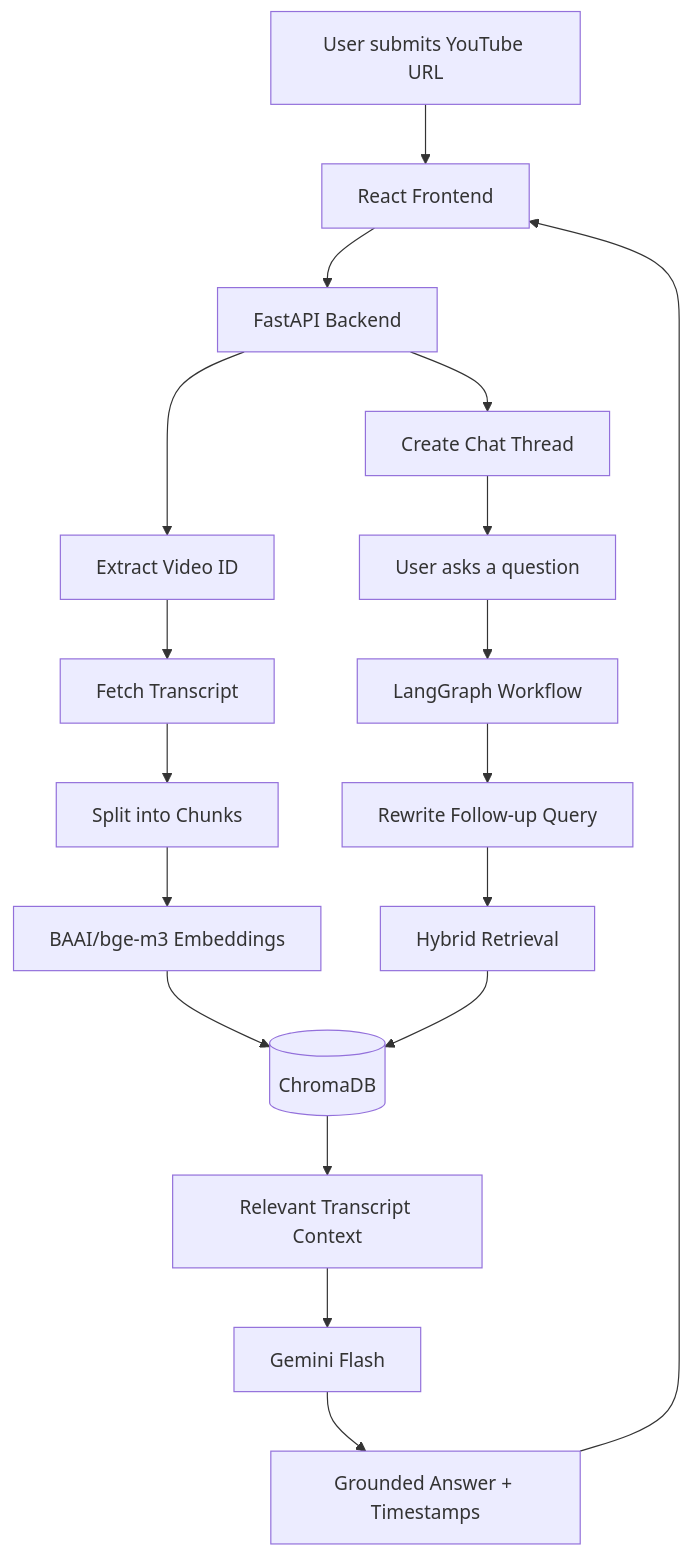
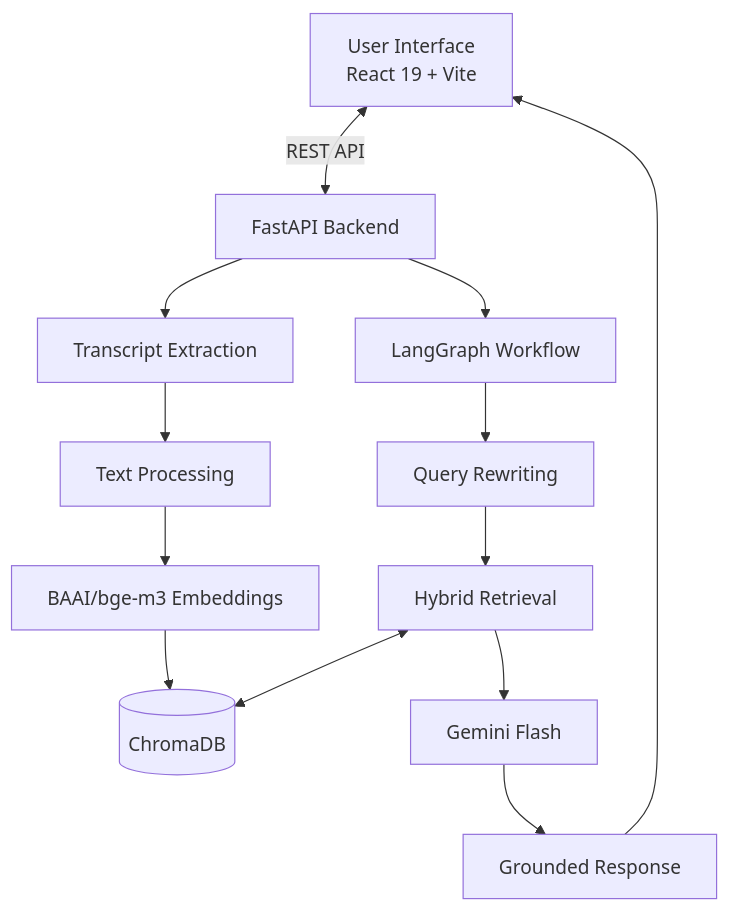
One commit to agarwal-gopesh/ENTHRA changed the first of 2 diagrams in README.md. Above: the diagram before and after it, drawn with Mermaid. The commit also changed other lines of this file, not shown here.

````diff
--- a/README.md
+++ b/README.md
@@ -68,20 +83,31 @@
 ```mermaid
-flowchart TD
-    A[User submits YouTube URL] --> B[React Frontend]
-    B --> C[FastAPI Backend]
-    C --> D[Extract Video ID]
-    D --> E[Fetch Transcript]
-    E --> F[Split into Chunks]
-    F --> G[BAAI/bge-m3 Embeddings]
-    G --> H[(ChromaDB)]
-    C --> I[Create Chat Thread]
-    I --> J[User asks a question]
-    J --> K[LangGraph Workflow]
-    K --> L[Rewrite Follow-up Query]
-    L --> M[Hybrid Retrieval]
-    M --> H
-    H --> N[Relevant Transcript Context]
-    N --> O[Gemini Flash]
-    O --> P[Grounded Answer + Timestamps]
-    P --> B
+flowchart TB
+    A[User Interface<br/>React 19 + Vite]
+
+    B[FastAPI Backend]
+
+    C[Transcript Extraction]
+    D[Text Processing]
+    E[BAAI/bge-m3 Embeddings]
+    F[(ChromaDB)]
+
+    G[LangGraph Workflow]
+    H[Query Rewriting]
+    I[Hybrid Retrieval]
+    J[Gemini Flash]
+    K[Grounded Response]
+
+    A <-->|REST API| B
+    B --> C
+    C --> D
+    D --> E
+    E --> F
+
+    B --> G
+    G --> H
+    H --> I
+    I <--> F
+    I --> J
+    J --> K
+    K --> A
 ```
````
